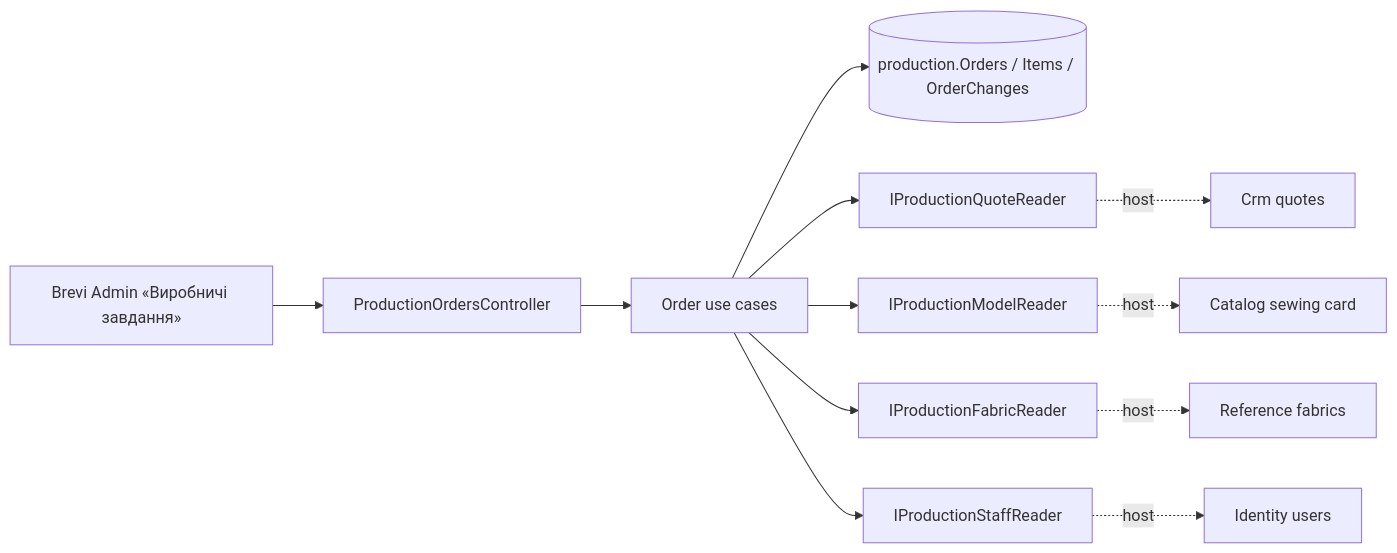
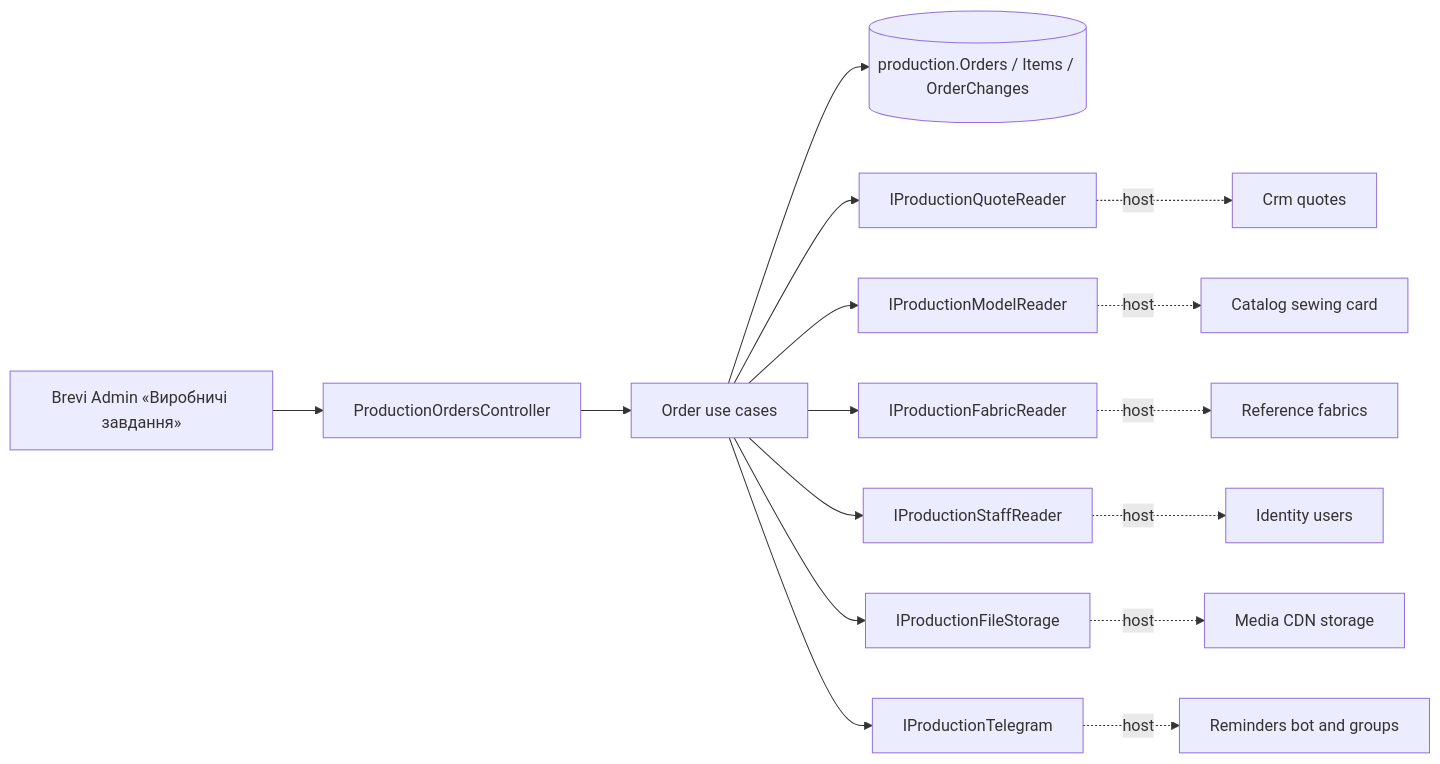
One commit to Weretik/BreviERP changed the diagram in docs/sdd/features/production/production-orders.md. Above: the diagram before and after it, drawn with Mermaid. The commit also changed other lines of this file and 64 other files, not shown here.

````diff
--- a/docs/sdd/features/production/production-orders.md
+++ b/docs/sdd/features/production/production-orders.md
@@ -33,10 +47,12 @@
 ```mermaid
 flowchart LR
   Admin[Brevi Admin «Виробничі завдання»] --> Controller[ProductionOrdersController]
   Controller --> UseCases[Order use cases]
   UseCases --> Db[(production.Orders / Items / OrderChanges)]
   UseCases --> Quotes[IProductionQuoteReader] -.host.-> Crm[Crm quotes]
   UseCases --> Models[IProductionModelReader] -.host.-> Catalog[Catalog sewing card]
   UseCases --> Fabrics[IProductionFabricReader] -.host.-> Reference[Reference fabrics]
   UseCases --> Staff[IProductionStaffReader] -.host.-> Identity[Identity users]
+  UseCases --> Files[IProductionFileStorage] -.host.-> Media[Media CDN storage]
+  UseCases --> Bot[IProductionTelegram] -.host.-> Reminders[Reminders bot and groups]
 ```
````
